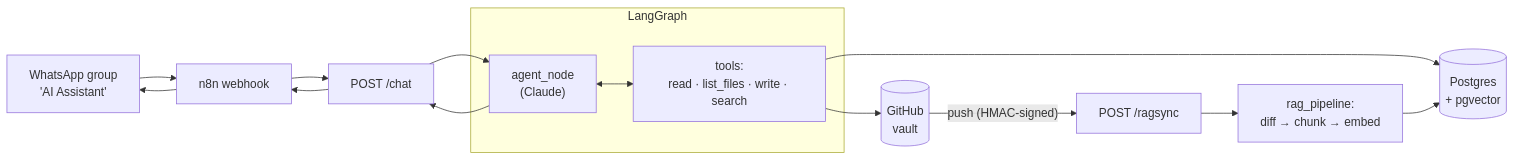
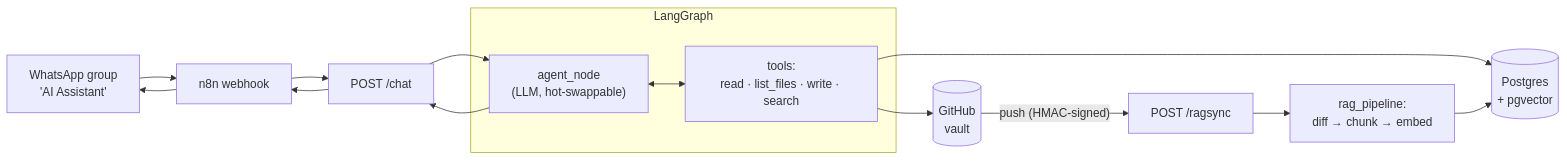
The diagram in README.md (Araujojohn/knowledge-base-ai-assistant), drawn with Mermaid before and after one commit. The commit also changed other lines of this file and 5 other files, not shown here.

````diff
--- a/README.md
+++ b/README.md
@@ -68,21 +85,21 @@
 ```mermaid
 flowchart LR
     WA["WhatsApp group<br/>'AI Assistant'"] --> N8N[n8n webhook]
     N8N --> CHAT["POST /chat"]
 
     subgraph Agent["LangGraph"]
-        NODE["agent_node<br/>(Claude)"]
+        NODE["agent_node<br/>(LLM, hot-swappable)"]
         TOOLS["tools:<br/>read · list_files · write · search"]
         NODE <--> TOOLS
     end
 
     CHAT --> NODE
     NODE --> CHAT --> N8N --> WA
 
     TOOLS --> GH[(GitHub<br/>vault)]
     TOOLS --> DB[(Postgres<br/>+ pgvector)]
 
     GH -- "push (HMAC-signed)" --> SYNC["POST /ragsync"]
     SYNC --> PIPE["rag_pipeline:<br/>diff → chunk → embed"]
     PIPE --> DB
 ```
````
